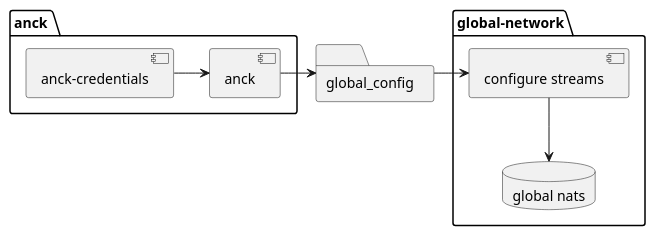
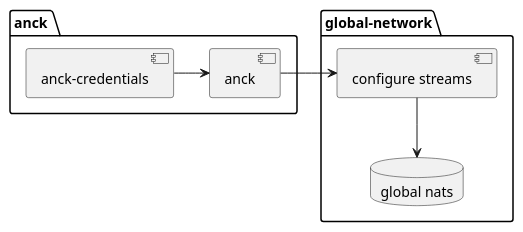
The diagram in docs/images/global-streams.puml (edgefarm/anck), drawn with PlantUML before and after one commit. The commit also changed 2 other files, not shown here.

Commit message:
Fix `Please update secret: Component1.dapr` and `I guess it would be understandable if you would remove the global config in between.`

```diff
--- a/docs/images/global-streams.puml
+++ b/docs/images/global-streams.puml
@@ -1,20 +1,16 @@
 @startuml
 
 package "global-network" as global_network {
     [configure streams] as configure_streams
     database "global nats" as global_nats
     configure_streams --> global_nats
 }
 
-folder "global_config" {
-}
-
 package "anck " {
     [anck] as anck
     [anck-credentials] as anck_credentials
     anck <-l- anck_credentials
-    anck -r-> global_config
-    global_config -r-> configure_streams
+    anck -r-> configure_streams
 }
 
 @enduml
```
